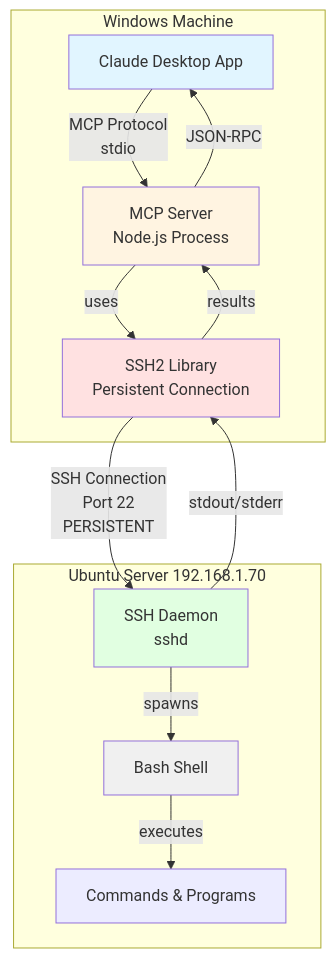
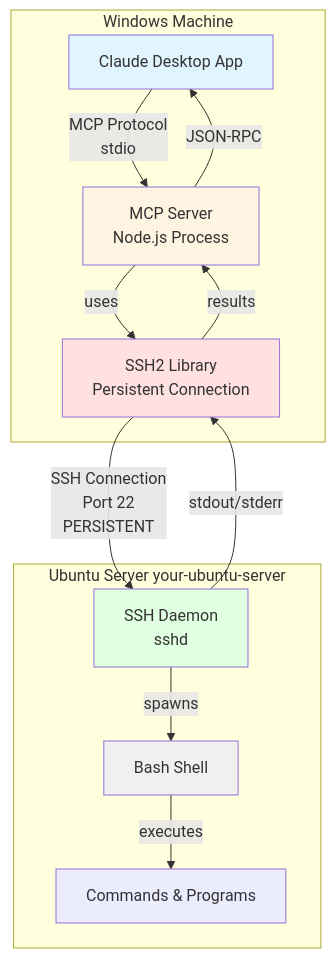
Before and after one commit to BlockSecCA/ubuntu-shell-mcp: the diagram in README.md, drawn with Mermaid. The commit also changed other lines of this file and 1 other file, not shown here.

````diff
--- a/README.md
+++ b/README.md
@@ -11,30 +11,30 @@
 ```mermaid
 graph TB
     subgraph "Windows Machine"
         Claude[Claude Desktop App]
         MCP[MCP Server<br/>Node.js Process]
         SSH2[SSH2 Library<br/>Persistent Connection]
         
         Claude -->|MCP Protocol<br/>stdio| MCP
         MCP -->|uses| SSH2
     end
     
-    subgraph "Ubuntu Server 192.168.1.70"
+    subgraph "Ubuntu Server your-ubuntu-server"
         SSH_Daemon[SSH Daemon<br/>sshd]
         Shell[Bash Shell]
         
         SSH_Daemon -->|spawns| Shell
         Shell -->|executes| Commands[Commands & Programs]
     end
     
     SSH2 -->|SSH Connection<br/>Port 22<br/>PERSISTENT| SSH_Daemon
     SSH_Daemon -->|stdout/stderr| SSH2
     SSH2 -->|results| MCP
     MCP -->|JSON-RPC| Claude
 
     style Claude fill:#e1f5ff
     style MCP fill:#fff4e1
     style SSH2 fill:#ffe1e1
     style SSH_Daemon fill:#e1ffe1
     style Shell fill:#f0f0f0
 ```
````
